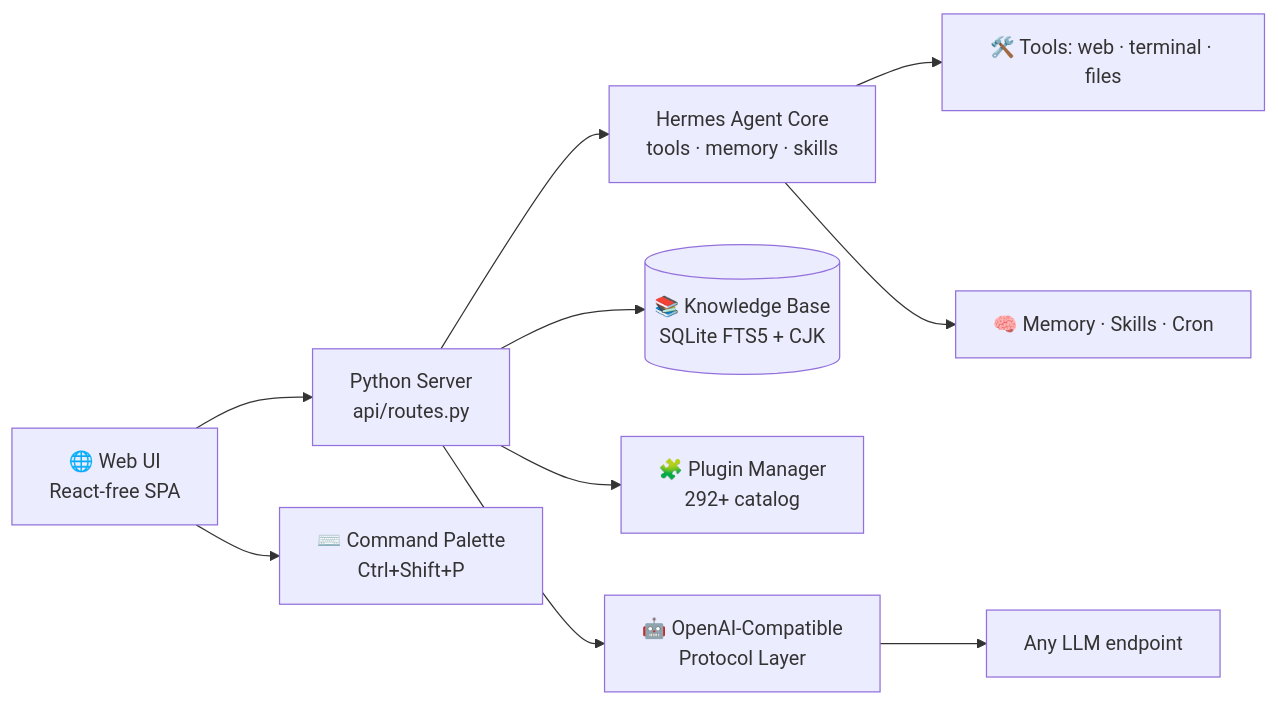
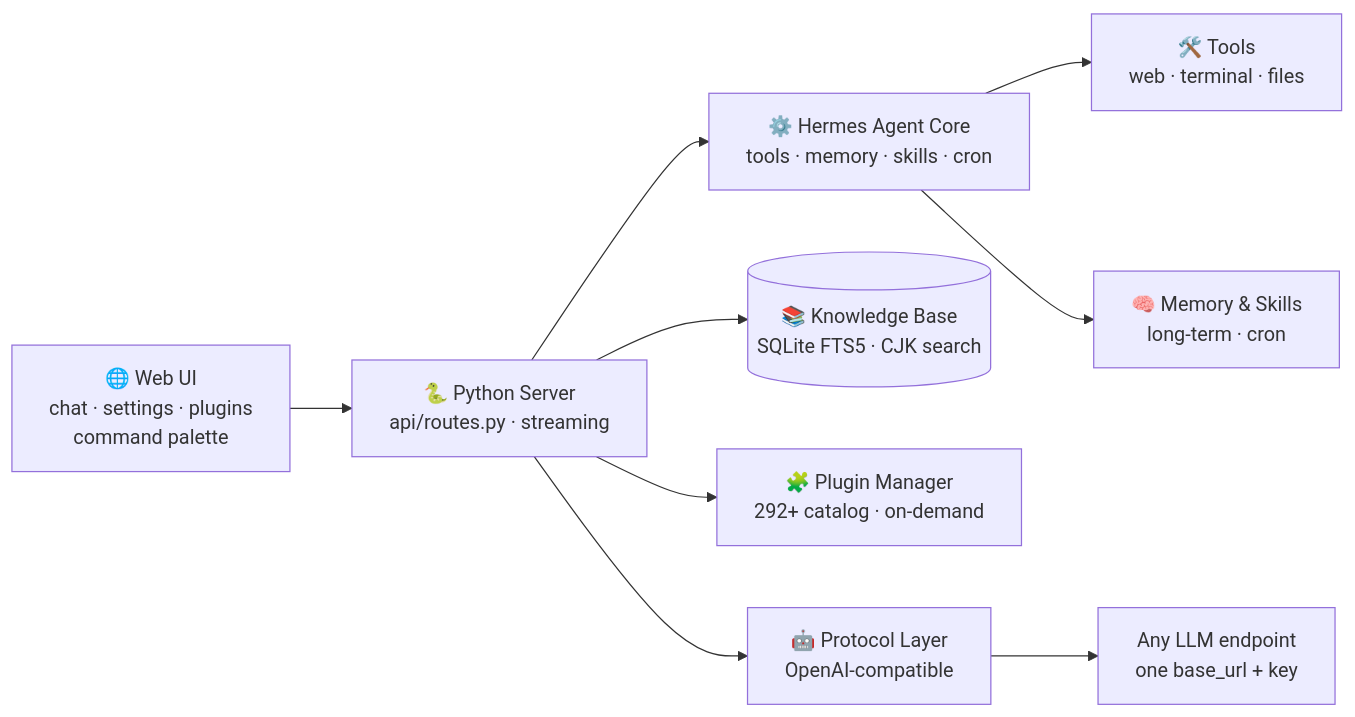
Before and after one commit to Morningstar202604/iris: the diagram in README.md, drawn with Mermaid. The commit also changed other lines of this file and 1 other file, not shown here.

Commit message:
Iris: revamp README (site-first, quick start, arch diagram, Hermes comparison, zh-CN version)

````diff
--- a/README.md
+++ b/README.md
@@ -95,12 +77,11 @@
 ```mermaid
 flowchart LR
-    U[🌐 Web UI<br/>React-free SPA] --> S[Python Server<br/>api/routes.py]
-    U --> P[⌨️ Command Palette<br/>Ctrl+Shift+P]
-    S --> A[Hermes Agent Core<br/>tools · memory · skills]
-    S --> KB[(📚 Knowledge Base<br/>SQLite FTS5 + CJK)]
-    S --> PL[🧩 Plugin Manager<br/>292+ catalog]
-    S --> CP[🤖 OpenAI-Compatible<br/>Protocol Layer]
-    CP --> M1[Any LLM endpoint]
-    A --> T1[🛠️ Tools: web · terminal · files]
-    A --> T2[🧠 Memory · Skills · Cron]
+    U["🌐 Web UI<br/>chat · settings · plugins<br/>command palette"] --> S["🐍 Python Server<br/>api/routes.py · streaming"]
+    S --> A["⚙️ Hermes Agent Core<br/>tools · memory · skills · cron"]
+    S --> KB[("📚 Knowledge Base<br/>SQLite FTS5 · CJK search")]
+    S --> PM["🧩 Plugin Manager<br/>292+ catalog · on-demand"]
+    S --> PL["🤖 Protocol Layer<br/>OpenAI-compatible"]
+    PL --> M["Any LLM endpoint<br/>one base_url + key"]
+    A --> T1["🛠️ Tools<br/>web · terminal · files"]
+    A --> T2["🧠 Memory & Skills<br/>long-term · cron"]
 ```
````
